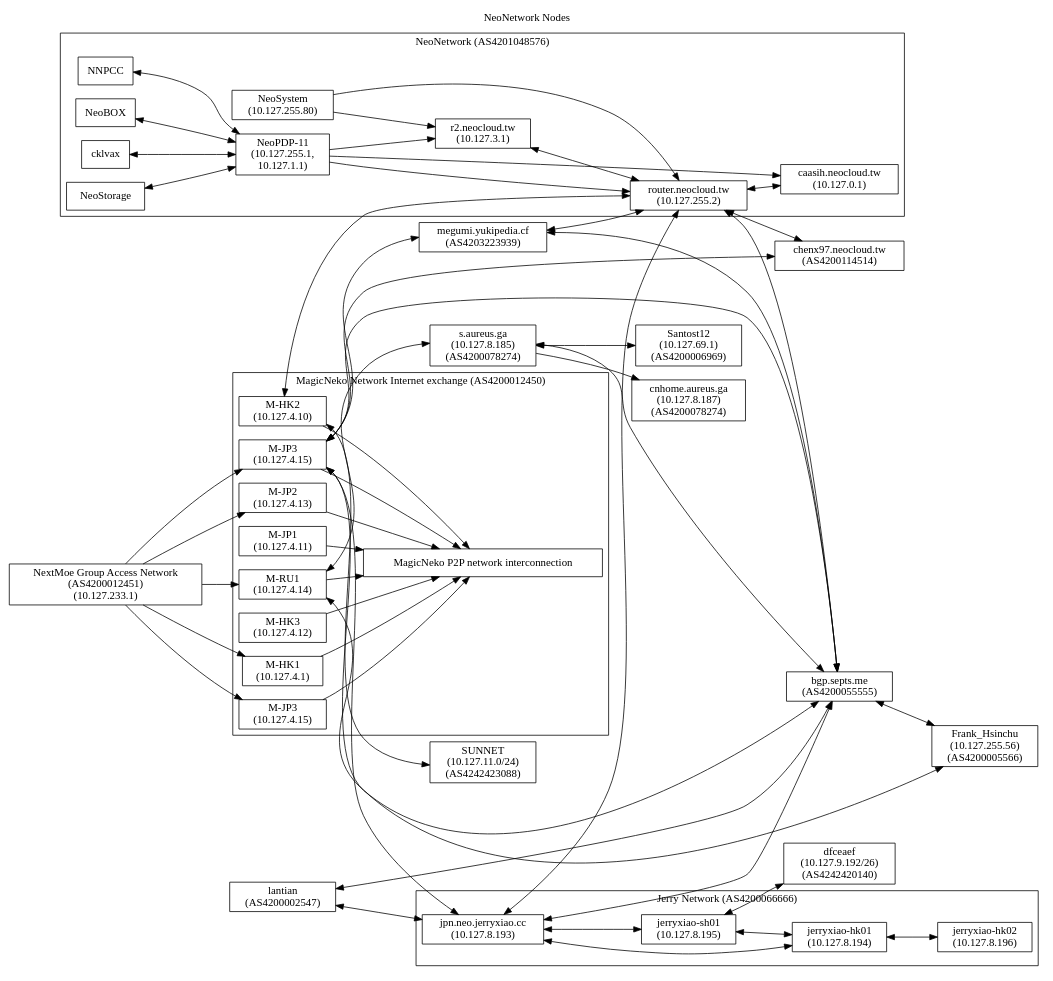
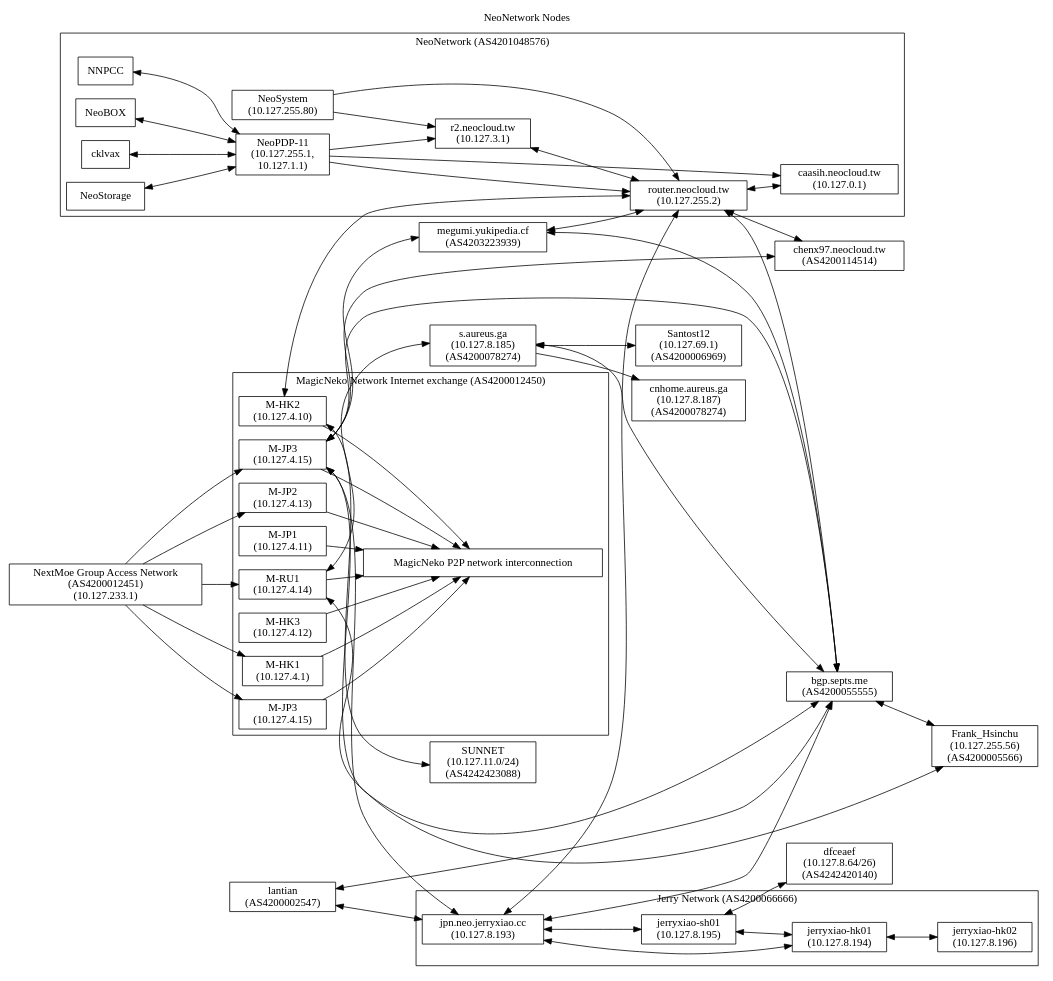
The diagram in nodes.dot (NeoCloud/NeoNetwork), drawn with Graphviz before and after one commit. The commit also changed 3 other files, not shown here.

```diff
--- a/nodes.dot
+++ b/nodes.dot
@@ -1,105 +1,105 @@
 digraph "NeoNetwork Nodes"
 {
 	label="NeoNetwork Nodes";
 	labelloc="t";
 	rankdir=LR;
 	node [shape=box]
 	c [label="caasih.neocloud.tw\n(10.127.0.1)"]
 	ucbvax [label="router.neocloud.tw\n(10.127.255.2)"]
 	np11 [label="NeoPDP-11\n(10.127.255.1,\n10.127.1.1)"]
 	ns [label="NeoSystem\n(10.127.255.80)"]
 	megumiLHS [label="megumi.yukipedia.cf\n(AS4203223939)"]
 	pan [label="r2.neocloud.tw\n(10.127.3.1)"]
 	icecat_Explosion [label="MagicNeko P2P network interconnection"]
 	icecat_Notebook [label="NextMoe Group Access Network\n(AS4200012451)\n(10.127.233.1)"]
 	magicneko_HK01 [label="M-HK1\n(10.127.4.1)"]
 	magicneko_HK02 [label="M-HK2\n(10.127.4.10)"]
 	magicneko_JP01 [label="M-JP1\n(10.127.4.11)"]
 	magicneko_HK03 [label="M-HK3\n(10.127.4.12)"]
 	magicneko_JP02 [label="M-JP2\n(10.127.4.13)"]
 	magicneko_RU01 [label="M-RU1\n(10.127.4.14)"]
 	magicneko_JP03 [label="M-JP3\n(10.127.4.15)"]
 	magicneko_CN01 [label="M-JP3\n(10.127.4.15)"]
 	staph [label="s.aureus.ga\n(10.127.8.185)\n(AS4200078274)"]
 	staph_CN [label="cnhome.aureus.ga\n(10.127.8.187)\n(AS4200078274)"]
 	chenx97 [label="chenx97.neocloud.tw\n(AS4200114514)"]
 	JerryXiao [label="jpn.neo.jerryxiao.cc\n(10.127.8.193)"]
 	JerryXiao_SH01 [label="jerryxiao-sh01\n(10.127.8.195)"]
 	JerryXiao_HK01 [label="jerryxiao-hk01\n(10.127.8.194)"]
 	JerryXiao_HK02 [label="jerryxiao-hk02\n(10.127.8.196)"]
 	septs [label="bgp.septs.me\n(AS4200055555)"]
 	lantian [label="lantian\n(AS4200002547)"]
-	dfceaef [label="dfceaef\n(10.127.9.192/26)\n(AS4242420140)"]
+	dfceaef [label="dfceaef\n(10.127.8.64/26)\n(AS4242420140)"]
 	SUNNET [label="SUNNET\n(10.127.11.0/24)\n(AS4242423088)"]
 	santost12 [label="Santost12\n(10.127.69.1)\n(AS4200006969)"]
 	frank_hsinchu [label="Frank_Hsinchu\n(10.127.255.56)\n(AS4200005566)"]
 	subgraph cluster_AS4201048576
 	{
 		label = "NeoNetwork (AS4201048576)";
 
 		NNPCC -> np11 [dir=both]
 		NeoBOX -> np11 [dir=both]
 		cklvax -> np11 [dir=both]
 		NeoStorage -> np11 [dir=both]
 		np11 -> ucbvax
 		np11 -> pan
 		np11 -> c
 		ucbvax -> c [dir=both]
 		ns -> ucbvax
 		ns -> pan
 		pan -> ucbvax [dir=both]
 	}
 
 	megumiLHS -> ucbvax [dir=both]
 	magicneko_HK02 -> ucbvax [dir=both]
 	staph -> staph_CN
 	ucbvax -> chenx97 [dir=both]
 
 	subgraph cluster_AS4200012450
 	{
 		label="MagicNeko Network Internet exchange (AS4200012450)";
 
 		magicneko_HK01 -> icecat_Explosion
 		magicneko_HK02 -> icecat_Explosion
 		magicneko_JP01 -> icecat_Explosion
 		magicneko_HK03 -> icecat_Explosion
 		magicneko_JP02 -> icecat_Explosion
 		magicneko_RU01 -> icecat_Explosion
 		magicneko_JP03 -> icecat_Explosion
 		magicneko_CN01 -> icecat_Explosion
 	}
 
 	subgraph cluster_AS4200066666
 	{
 		label="Jerry Network (AS4200066666)";
 
 		JerryXiao -> JerryXiao_SH01 [dir=both]
 		JerryXiao -> JerryXiao_HK01 [dir=both]
 		JerryXiao_SH01 -> JerryXiao_HK01 [dir=both]
 		JerryXiao_HK01 -> JerryXiao_HK02 [dir=both]
 	}
 
 	JerryXiao -> ucbvax [dir=both]
 	JerryXiao -> septs [dir=both]
 	JerryXiao_SH01 -> dfceaef [dir=both]
 	magicneko_JP03 -> JerryXiao [dir=both]
 	lantian -> septs [dir=both]
 	lantian -> JerryXiao [dir=both]
 	magicneko_JP03 -> septs [dir=both]
 	staph -> septs [dir=both]
 	ucbvax -> septs [dir=both]
 	magicneko_JP03 -> chenx97 [dir=both]
 	magicneko_RU01 -> staph [dir=both]
 	megumiLHS -> septs [dir=both]
 	magicneko_HK02 -> SUNNET [dir=both]
 	staph -> santost12 [dir=both]
 	magicneko_RU01 -> septs [dir=both]
 	magicneko_JP03 -> megumiLHS [dir=both]
 	magicneko_JP03 -> frank_hsinchu [dir=both]
 	septs	->	frank_hsinchu	[dir=both]
 	icecat_Notebook -> magicneko_HK01
 	icecat_Notebook -> magicneko_JP03
 	icecat_Notebook -> magicneko_RU01
 	icecat_Notebook -> magicneko_CN01
 	icecat_Notebook -> magicneko_JP02
 }
```
